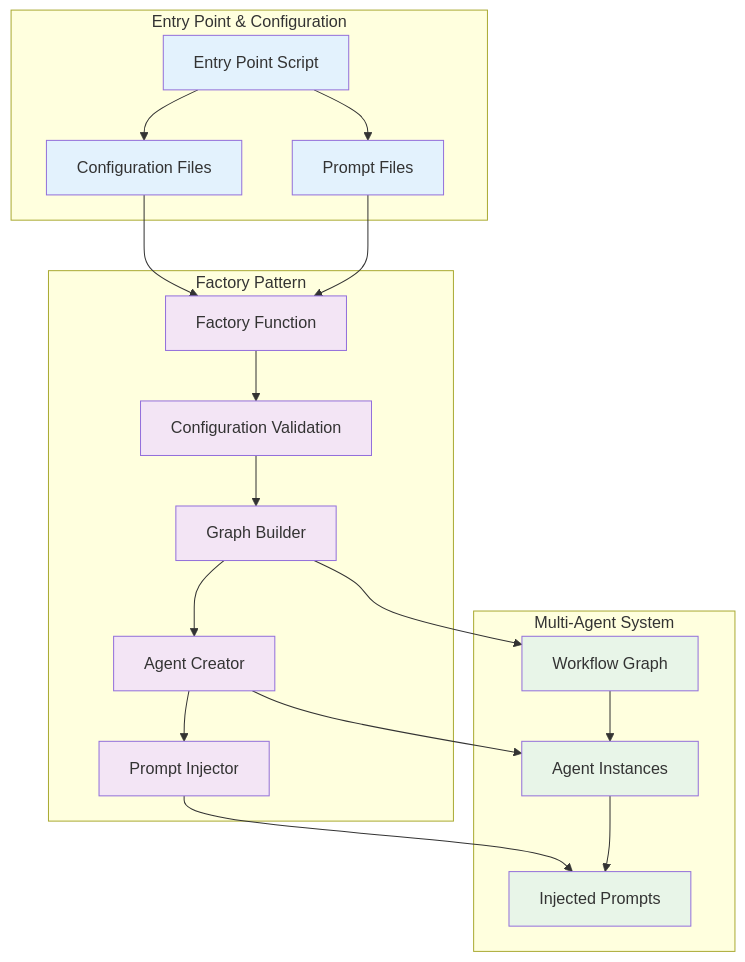
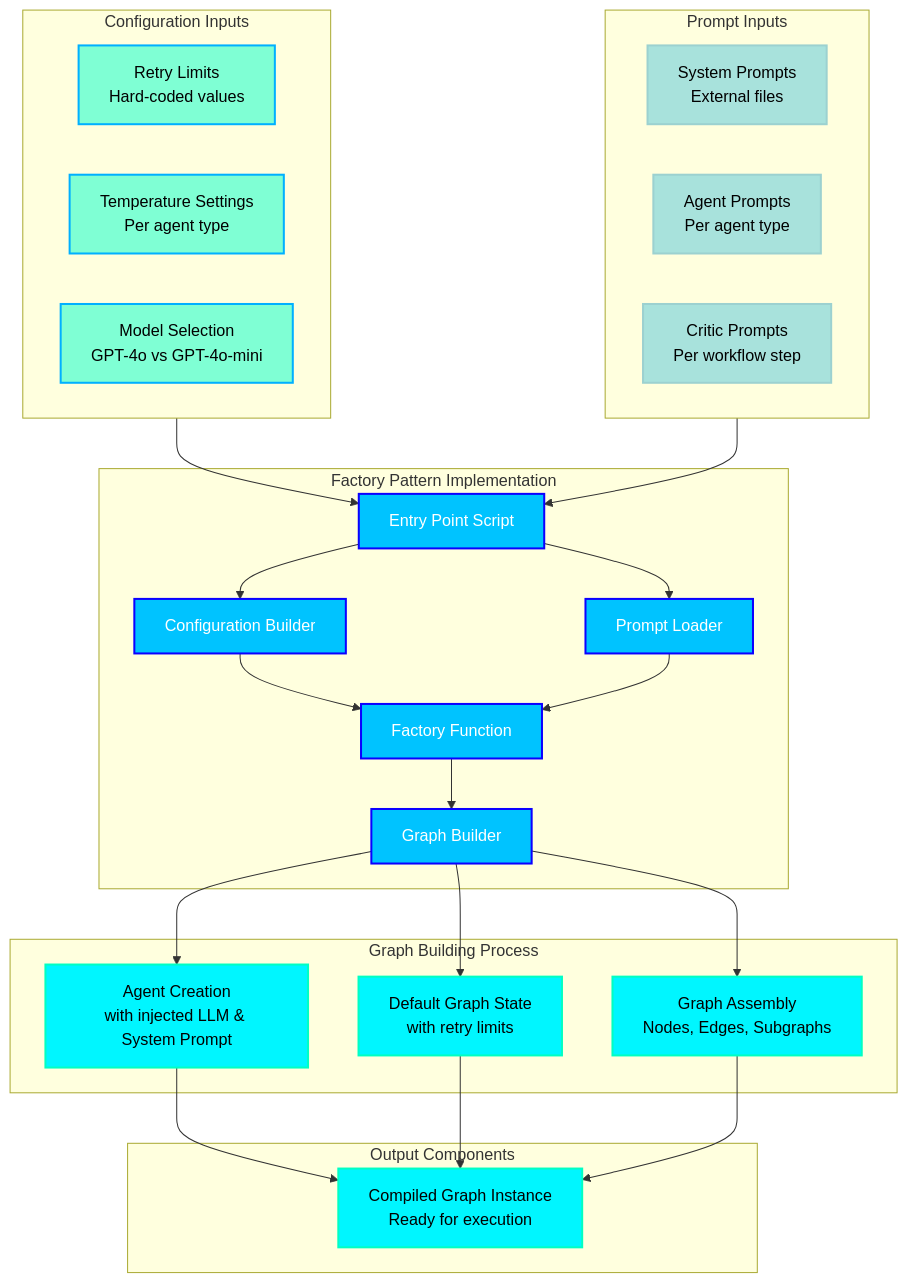
One commit to jdsham/hf-ai-agents-course changed the eighth of 11 diagrams in docs/src2/ARCHITECTURE.md. Above: the diagram before and after it, drawn with Mermaid. The commit also changed other lines of this file, not shown here.

Commit message:
Updated source code architectrure document. Another major round of edits for diagrams, section 7 and 8.

````diff
--- a/docs/src2/ARCHITECTURE.md
+++ b/docs/src2/ARCHITECTURE.md
@@ -1804,48 +1804,68 @@
 ```mermaid
 graph TB
-    subgraph "Entry Point & Configuration"
-        EP[Entry Point Script]
-        Config[Configuration Files]
-        Prompts[Prompt Files]
+    %% Configuration Inputs
+    subgraph ConfigInputs["Configuration Inputs"]
+        RetryLimits[Retry Limits<br/>Hard-coded values]
+        Temperatures[Temperature Settings<br/>Per agent type]
+        Models[Model Selection<br/>GPT-4o vs GPT-4o-mini]
     end
     
-    subgraph "Factory Pattern"
-        Factory[Factory Function]
-        Validation[Configuration Validation]
-        GraphBuilder[Graph Builder]
-        AgentCreator[Agent Creator]
-        PromptInjector[Prompt Injector]
+    %% Prompt Inputs
+    subgraph PromptInputs["Prompt Inputs"]
+        SystemPrompts[System Prompts<br/>External files]
+        AgentPrompts[Agent Prompts<br/>Per agent type]
+        CriticPrompts[Critic Prompts<br/>Per workflow step]
     end
     
-    subgraph "Multi-Agent System"
-        Graph[Workflow Graph]
-        Agents[Agent Instances]
-        InjectedPrompts[Injected Prompts]
+    %% Factory Pattern Implementation
+    subgraph FactoryPattern["Factory Pattern Implementation"]
+        EntryPoint[Entry Point Script]
+        ConfigBuilder[Configuration Builder]
+        PromptLoader[Prompt Loader]
+        Factory[Factory Function]
+        GraphBuilder[Graph Builder]
     end
     
-    EP --> Config
-    EP --> Prompts
+    %% Graph Building Process
+    subgraph GraphBuilding["Graph Building Process"]
+        AgentCreation[Agent Creation<br/>with injected LLM & System Prompt]
+        StateDefaults[Default Graph State<br/>with retry limits]
+        GraphAssembly[Graph Assembly<br/>Nodes, Edges, Subgraphs]
+    end
     
-    Config --> Factory
-    Prompts --> Factory
+    %% Output Components
+    subgraph OutputComponents["Output Components"]
+        CompiledGraph[Compiled Graph Instance<br/>Ready for execution]
+    end
     
-    Factory --> Validation
-    Validation --> GraphBuilder
-    GraphBuilder --> AgentCreator
-    AgentCreator --> PromptInjector
+    %% Factory Pattern Flow
+    ConfigInputs --> EntryPoint
+    PromptInputs --> EntryPoint
     
-    GraphBuilder --> Graph
-    AgentCreator --> Agents
-    PromptInjector --> InjectedPrompts
+    EntryPoint --> ConfigBuilder
+    EntryPoint --> PromptLoader
     
-    Graph --> Agents
-    Agents --> InjectedPrompts
+    ConfigBuilder --> Factory
+    PromptLoader --> Factory
     
-    classDef entry fill:#e3f2fd
-    classDef factory fill:#f3e5f5
-    classDef system fill:#e8f5e8
+    Factory --> GraphBuilder
     
-    class EP,Config,Prompts entry
-    class Factory,Validation,GraphBuilder,AgentCreator,PromptInjector factory
-    class Graph,Agents,InjectedPrompts system
+    GraphBuilder --> AgentCreation
+    GraphBuilder --> StateDefaults
+    GraphBuilder --> GraphAssembly
+    
+    AgentCreation --> CompiledGraph
+    StateDefaults --> CompiledGraph
+    GraphAssembly --> CompiledGraph
+    
+    %% Styling - Oceanic/Dark Theme Friendly
+    classDef config fill:#7FFFD4,stroke:#00B0FF,stroke-width:2px,color:#000000
+    classDef prompts fill:#A8E2DC,stroke:#9CD1D0,stroke-width:2px,color:#000000
+    classDef factory fill:#00C3FF,stroke:#0B00FF,stroke-width:2px,color:#ffffff
+    classDef output fill:#00F6FF,stroke:#00FFC3,stroke-width:2px,color:#000000
+    
+    class RetryLimits,Temperatures,Models config
+    class SystemPrompts,AgentPrompts,CriticPrompts prompts
+    class EntryPoint,ConfigBuilder,PromptLoader,Factory,GraphBuilder factory
+    class AgentCreation,StateDefaults,GraphAssembly,CompiledGraph output
 ```
````
